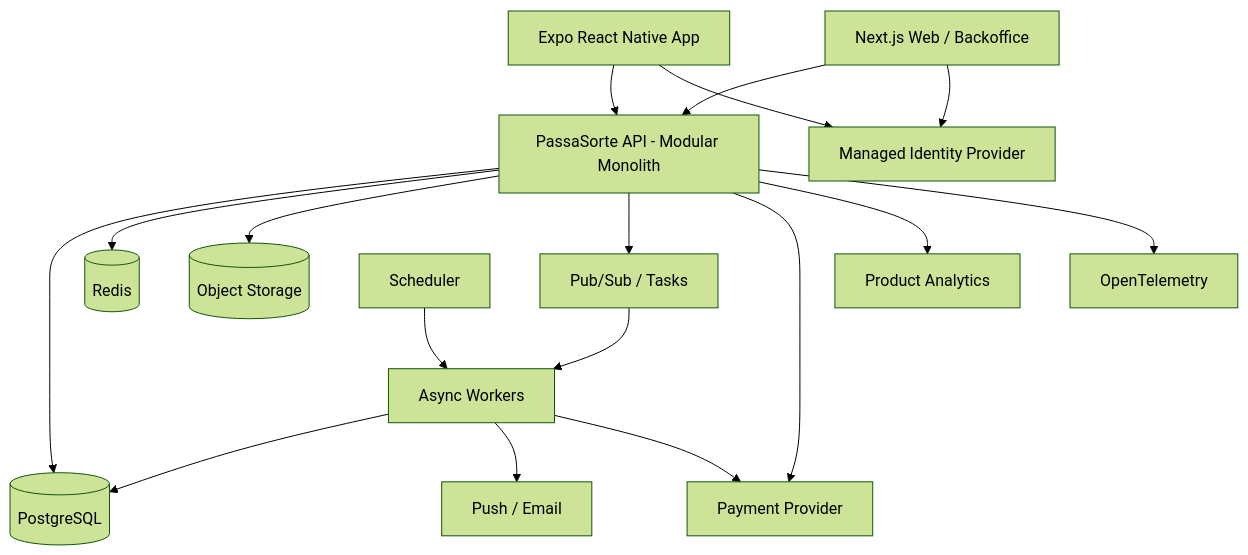
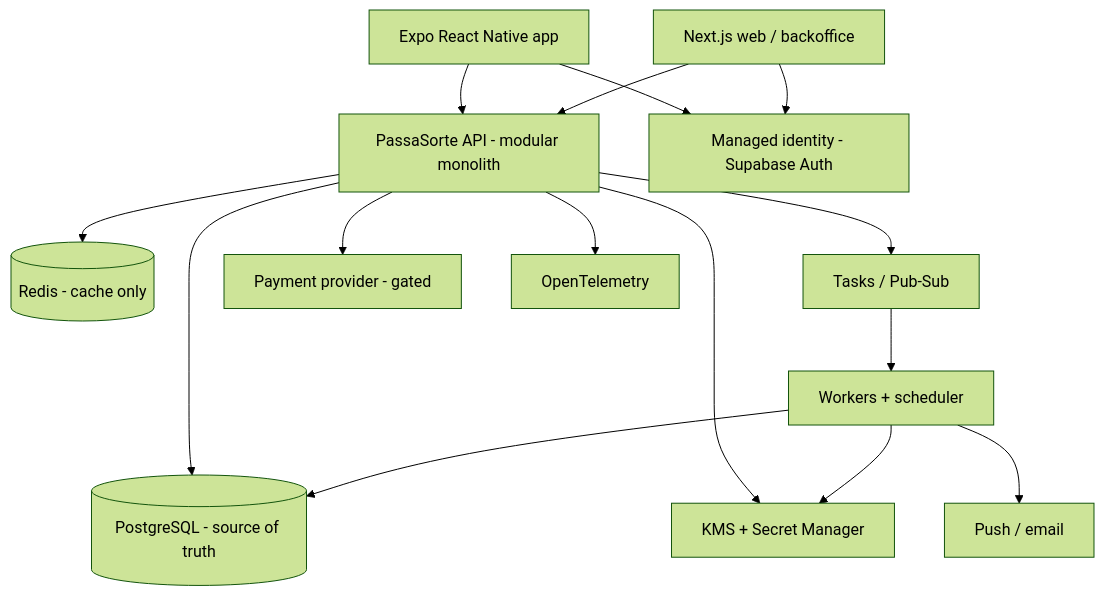
One commit to BrunoBarbarini/passasorte changed the second of 2 diagrams in CLAUDE.md. Above: the diagram before and after it, drawn with Mermaid (forest theme). The commit also changed other lines of this file and 1 other file, not shown here.

````diff
--- a/CLAUDE.md
+++ b/CLAUDE.md
@@ -796,34 +624,29 @@
 ```mermaid
 flowchart TB
-    Mobile[Expo React Native App]
-    Web[Next.js Web / Backoffice]
-    API[PassaSorte API - Modular Monolith]
-    Auth[Managed Identity Provider]
-    DB[(PostgreSQL)]
-    Cache[(Redis)]
-    Storage[(Object Storage)]
-    Queue[Pub/Sub / Tasks]
-    Worker[Async Workers]
-    Scheduler[Scheduler]
-    Pay[Payment Provider]
-    Notify[Push / Email]
-    Analytics[Product Analytics]
-    OTel[OpenTelemetry]
-
+    Mobile[Expo React Native app]
+    Web[Next.js web / backoffice]
+    API[PassaSorte API - modular monolith]
+    Auth[Managed identity - Supabase Auth]
+    DB[(PostgreSQL - source of truth)]
+    Cache[(Redis - cache only)]
+    Queue[Tasks / Pub-Sub]
+    Worker[Workers + scheduler]
+    KMS[KMS + Secret Manager]
+    Pay[Payment provider - gated]
+    Notify[Push / email]
+    Obs[OpenTelemetry]
     Mobile --> API
     Web --> API
     Mobile --> Auth
     Web --> Auth
     API --> DB
     API --> Cache
-    API --> Storage
+    API --> KMS
     API --> Queue
     API --> Pay
-    API --> Analytics
-    API --> OTel
+    API --> Obs
     Queue --> Worker
-    Scheduler --> Worker
     Worker --> DB
     Worker --> Notify
-    Worker --> Pay
+    Worker --> KMS
 ```
````
